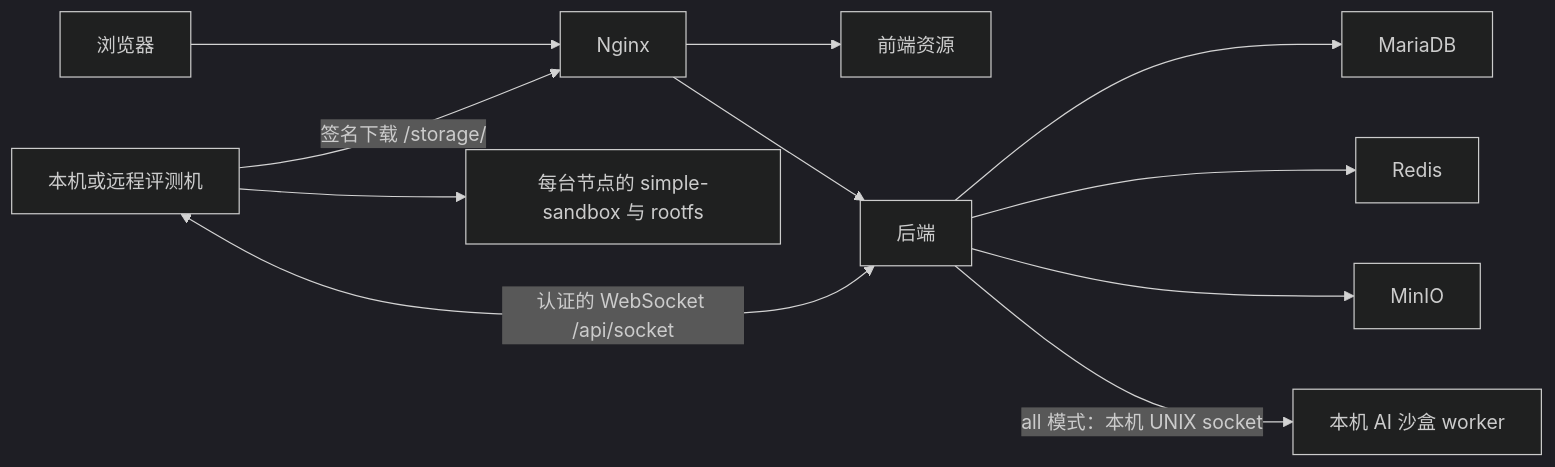
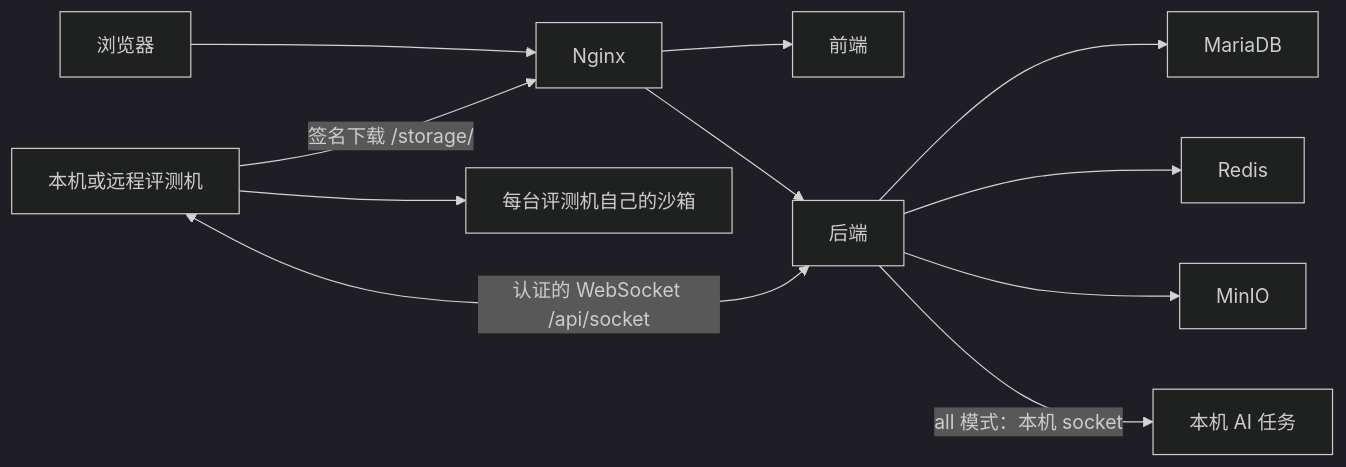
The diagram in wiki/Distributed-Judging.zh-CN.md (houyhlouis/LLMOJ), drawn with Mermaid (dark theme) before and after one commit. The commit also changed other lines of this file and 97 other files, not shown here.

````diff
--- a/wiki/Distributed-Judging.zh-CN.md
+++ b/wiki/Distributed-Judging.zh-CN.md
@@ -9,13 +10,13 @@
 ```mermaid
 flowchart LR
     Browser[浏览器] --> Nginx[Nginx]
-    Nginx --> Frontend[前端资源]
+    Nginx --> Frontend[前端]
     Nginx --> Backend[后端]
     Backend --> DB[MariaDB]
     Backend --> Redis[Redis]
     Backend --> MinIO[MinIO]
     Judges[本机或远程评测机] <-->|认证的 WebSocket /api/socket| Backend
-    Judges --> Sandbox[每台节点的 simple-sandbox 与 rootfs]
+    Judges --> Sandbox[每台评测机自己的沙箱]
     Judges -->|签名下载 /storage/| Nginx
-    Backend -->|all 模式：本机 UNIX socket| AIWorker[本机 AI 沙盒 worker]
+    Backend -->|all 模式：本机 socket| AIWorker[本机 AI 任务]
 ```
````
